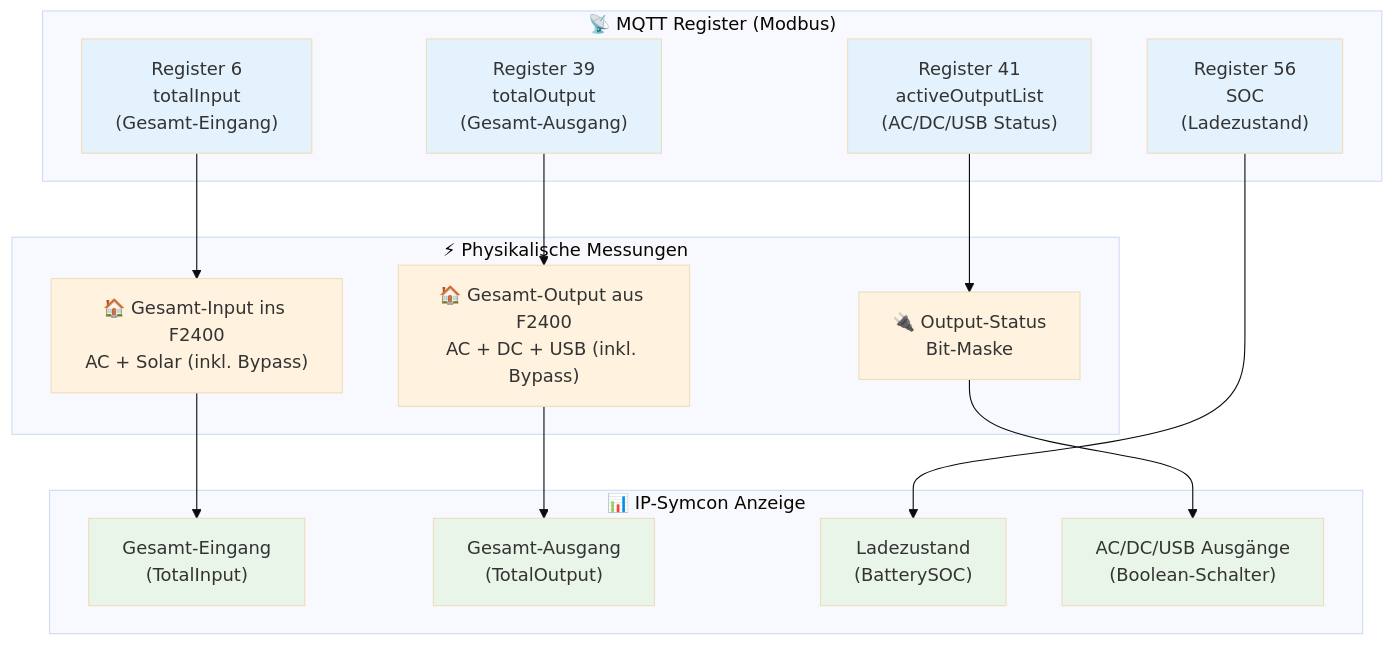
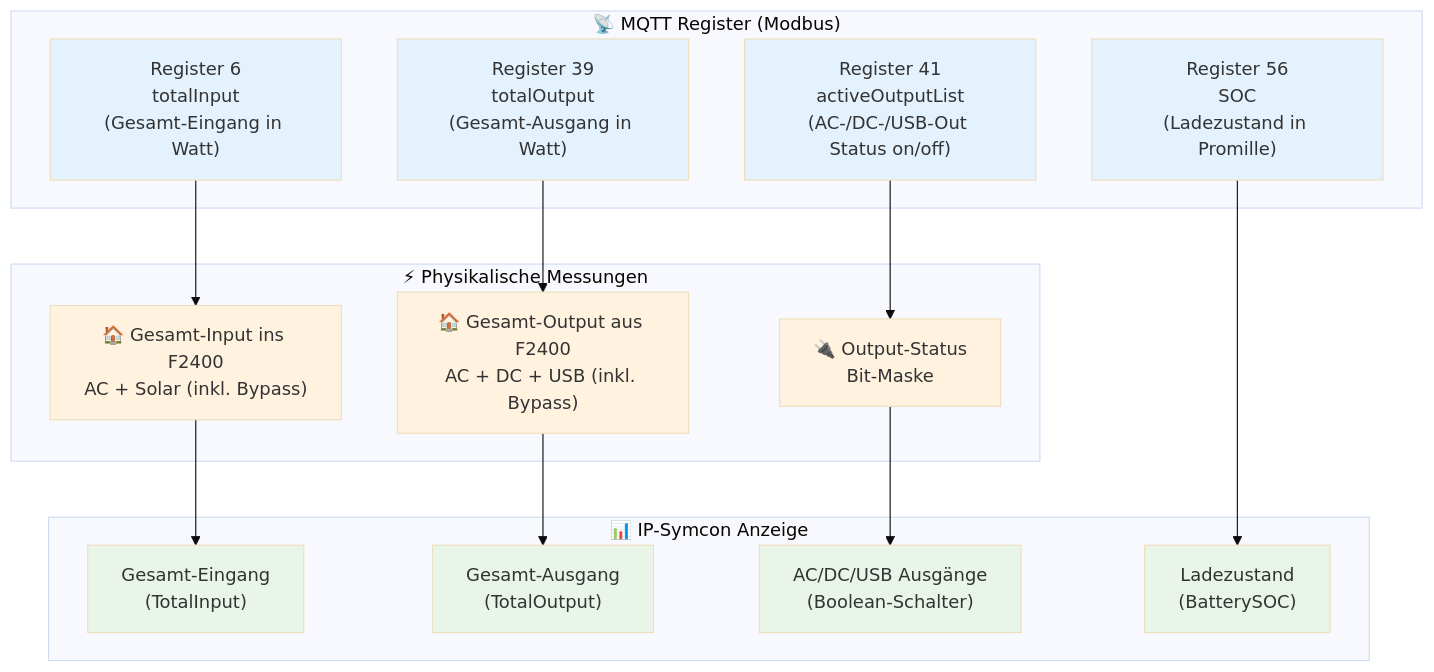
One commit to tkaufmann/fossibot-ipsymcon changed the fourth of 4 diagrams in README.md. Above: the diagram before and after it, drawn with Mermaid (base theme). The commit also changed other lines of this file and 1 other file, not shown here.

````diff
--- a/README.md
+++ b/README.md
@@ -249,36 +415,36 @@
 ```mermaid
 graph TB
     subgraph "📡 MQTT Register (Modbus)"
-        R6["Register 6<br/>totalInput<br/>(Gesamt-Eingang)"]
-        R39["Register 39<br/>totalOutput<br/>(Gesamt-Ausgang)"]
-        R56["Register 56<br/>SOC<br/>(Ladezustand)"]
-        R41["Register 41<br/>activeOutputList<br/>(AC/DC/USB Status)"]
+        R6["Register 6<br/>totalInput<br/>(Gesamt-Eingang in Watt)"]
+        R39["Register 39<br/>totalOutput<br/>(Gesamt-Ausgang in Watt)"]
+        R56["Register 56<br/>SOC<br/>(Ladezustand in Promille)"]
+        R41["Register 41<br/>activeOutputList<br/>(AC-/DC-/USB-Out Status on/off)"]
     end
     
     subgraph "⚡ Physikalische Messungen"
         SystemIn["🏠 Gesamt-Input ins F2400<br/>AC + Solar (inkl. Bypass)"]
         SystemOut["🏠 Gesamt-Output aus F2400<br/>AC + DC + USB (inkl. Bypass)"]
         Outputs["🔌 Output-Status<br/>Bit-Maske"]
     end
     
     subgraph "📊 IP-Symcon Anzeige"
         IPSIn["Gesamt-Eingang<br/>(TotalInput)"]
         IPSOut["Gesamt-Ausgang<br/>(TotalOutput)"]
+        IPSOutputs["AC/DC/USB Ausgänge<br/>(Boolean-Schalter)"]
         IPSSOC["Ladezustand<br/>(BatterySOC)"]
-        IPSOutputs["AC/DC/USB Ausgänge<br/>(Boolean-Schalter)"]
     end
     
     R6 --> SystemIn --> IPSIn
     R39 --> SystemOut --> IPSOut
     R56 --> IPSSOC
     R41 --> Outputs --> IPSOutputs
     
     %% Styling
     classDef mqtt fill:#e3f2fd
     classDef physical fill:#fff3e0
     classDef ips fill:#e8f5e8
     
     class R6,R39,R56,R41 mqtt
     class SystemIn,SystemOut,Outputs physical
     class IPSIn,IPSOut,IPSSOC,IPSOutputs ips
 ```
````
